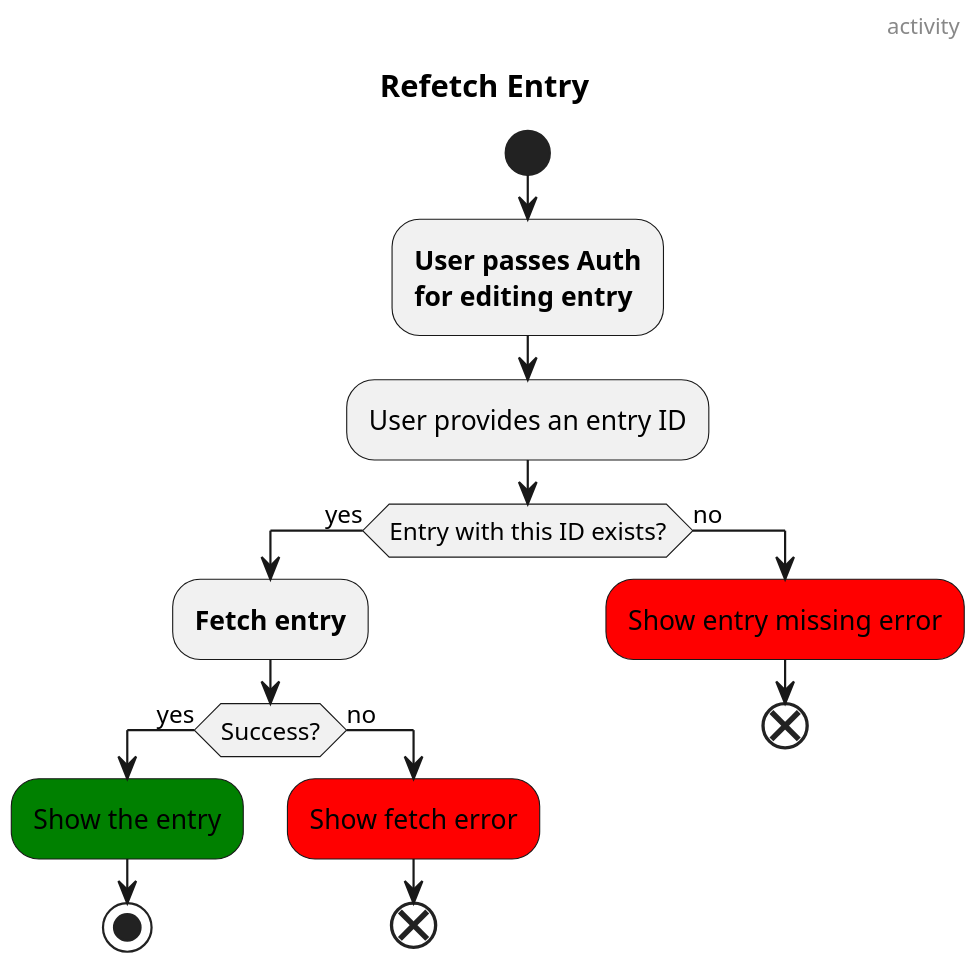
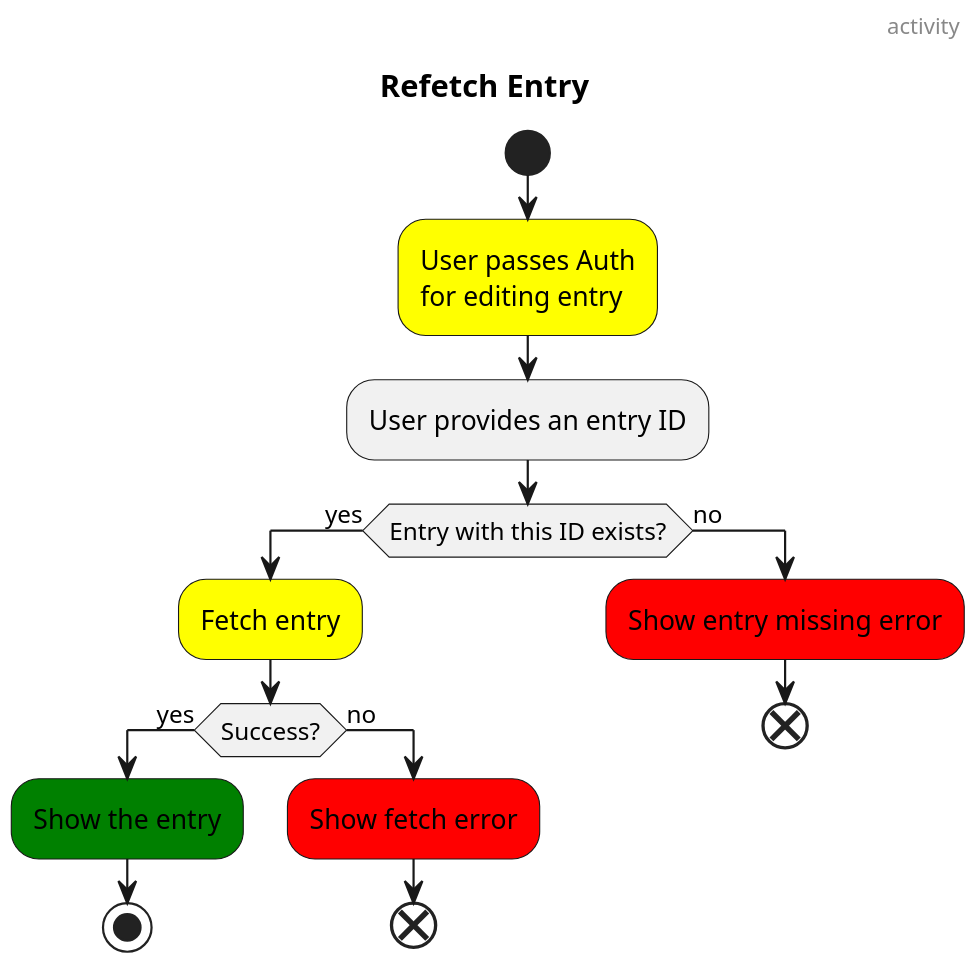
One commit to xomiachuna/wallabago changed the diagram in docs/diagrams/refetch-entry.activity.puml. Above: the diagram before and after it, drawn with PlantUML. The commit also changed 6 other files, not shown here.

Commit message:
docs: Add links between activity diagrams

```diff
--- a/docs/diagrams/refetch-entry.activity.puml
+++ b/docs/diagrams/refetch-entry.activity.puml
@@ -1,23 +1,22 @@
 @startuml refetch-entry
 skinparam dpi 200
 header activity
 title Refetch Entry
 
 start
-:**User passes Auth**
-**for editing entry**;
+[[auth.activity.svg]]#yellow:User passes Auth\nfor editing entry;
 :User provides an entry ID;
 if (Entry with this ID exists?) then (yes)
-    :**Fetch entry**;
+    [[fetch-entry.activity.puml]]#yellow:Fetch entry;
     if (Success?) then (yes)
     #green:Show the entry;
     stop
     else (no)
         #red:Show fetch error;
         end
     endif
 else (no)
     #red:Show entry missing error;
     end
 endif
 @enduml
```
